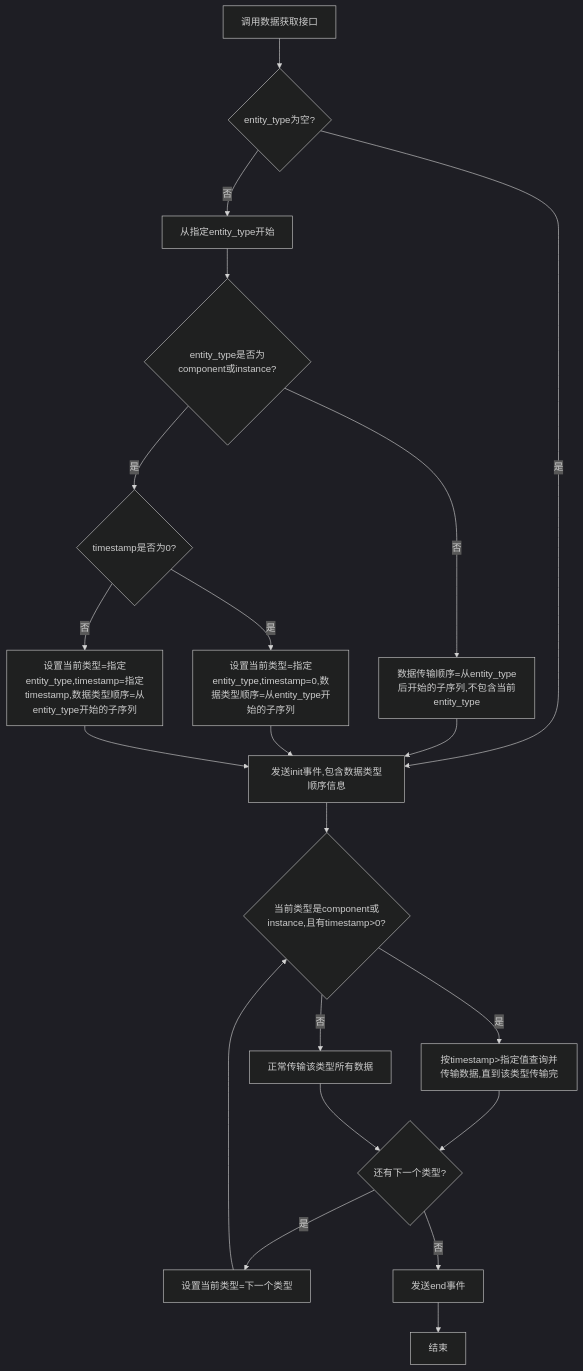
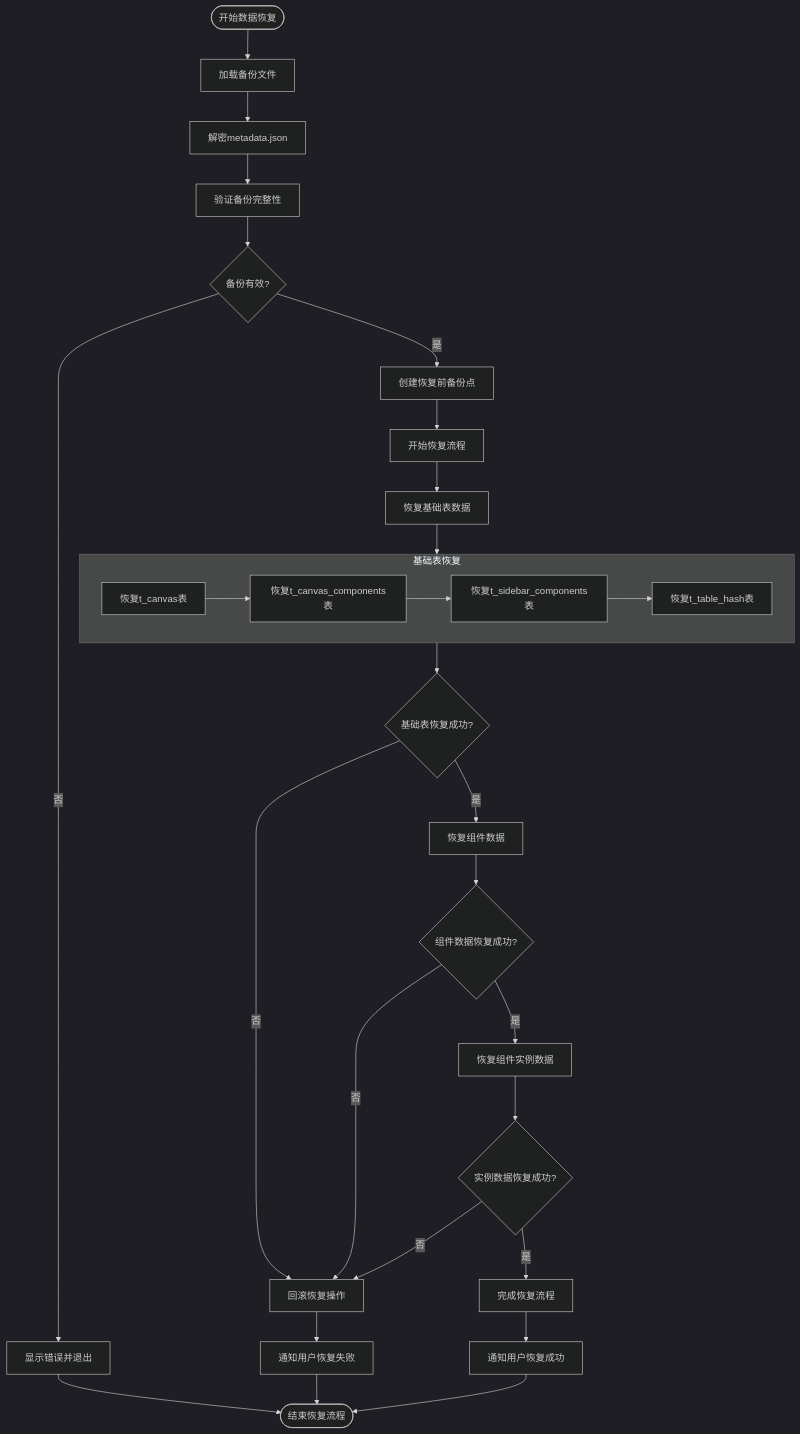
One commit to yingjianzh/iodraw-files changed the diagram in all/未命名-63.md. Above: the diagram before and after it, drawn with Mermaid (dark theme).

Commit message:
2025-05-19 14:24:10 update

````diff
--- a/all/未命名-63.md
+++ b/all/未命名-63.md
@@ -1,35 +1,42 @@
 ```mermaid
 
 flowchart TD
-    A[调用数据获取接口] --> B{entity_type为空?}
-
-    B -->|是| K[发送init事件,包含数据类型顺序信息]
-    B -->|否| D[从指定entity_type开始]
+    Start([开始数据恢复]) --> LoadBackup[加载备份文件]
+    LoadBackup --> DecryptMetadata[解密metadata.json]
+    DecryptMetadata --> VerifyBackup[验证备份完整性]
     
-    D --> F{entity_type是否为component或instance?}
+    VerifyBackup --> BackupValid{备份有效?}
+    BackupValid -->|否| ShowError[显示错误并退出]
+    BackupValid -->|是| CreateRestorePoint[创建恢复前备份点]
     
-    F -->|否| G[数据传输顺序=从entity_type后开始的子序列,不包含当前entity_type]
-    F -->|是| H{timestamp是否为0?}
+    CreateRestorePoint --> BeginRestoreProcess[开始恢复流程]
+    BeginRestoreProcess --> RestoreBasicTables[恢复基础表数据]
     
-    H -->|是| I[设置当前类型=指定entity_type,timestamp=0,数据类型顺序=从entity_type开始的子序列]
-    H -->|否| J[设置当前类型=指定entity_type,timestamp=指定timestamp,数据类型顺序=从entity_type开始的子序列]
+    subgraph BasicTableRestore [基础表恢复]
+        B1[恢复t_canvas表] --> B2[恢复t_canvas_components表]
+        B2 --> B3[恢复t_sidebar_components表]
+        B3 --> B4[恢复t_table_hash表]
+    end
     
-    G --> K
-    I --> K
-    J --> K
+    RestoreBasicTables --> BasicTableRestore
     
-   
-    K --> P{当前类型是component或instance,且有timestamp>0?}
-    P -->|是| Q[按timestamp>指定值查询并传输数据,直到该类型传输完]
-    P -->|否| R[正常传输该类型所有数据]
+    BasicTableRestore --> BasicTablesComplete{基础表恢复成功?}
+    BasicTablesComplete -->|否| RollbackRestore[回滚恢复操作]
+    BasicTablesComplete -->|是| RestoreComponentData[恢复组件数据]
     
-    Q --> T{还有下一个类型?}
-    R --> T
+    RestoreComponentData --> ComponentDataComplete{组件数据恢复成功?}
+    ComponentDataComplete -->|否| RollbackRestore
+    ComponentDataComplete -->|是| RestoreInstanceData[恢复组件实例数据]
     
-    T -->|是| U[设置当前类型=下一个类型]
-    T -->|否| V[发送end事件]
+    RestoreInstanceData --> InstanceDataComplete{实例数据恢复成功?}
+    InstanceDataComplete -->|否| RollbackRestore
+    InstanceDataComplete -->|是| FinalizeRestore[完成恢复流程]
     
-    U --> P
-    V --> W[结束]
+    FinalizeRestore --> NotifySuccess[通知用户恢复成功]
+    RollbackRestore --> NotifyFailure[通知用户恢复失败]
+    
+    NotifySuccess --> End([结束恢复流程])
+    NotifyFailure --> End
+    ShowError --> End
 
 ```
````
